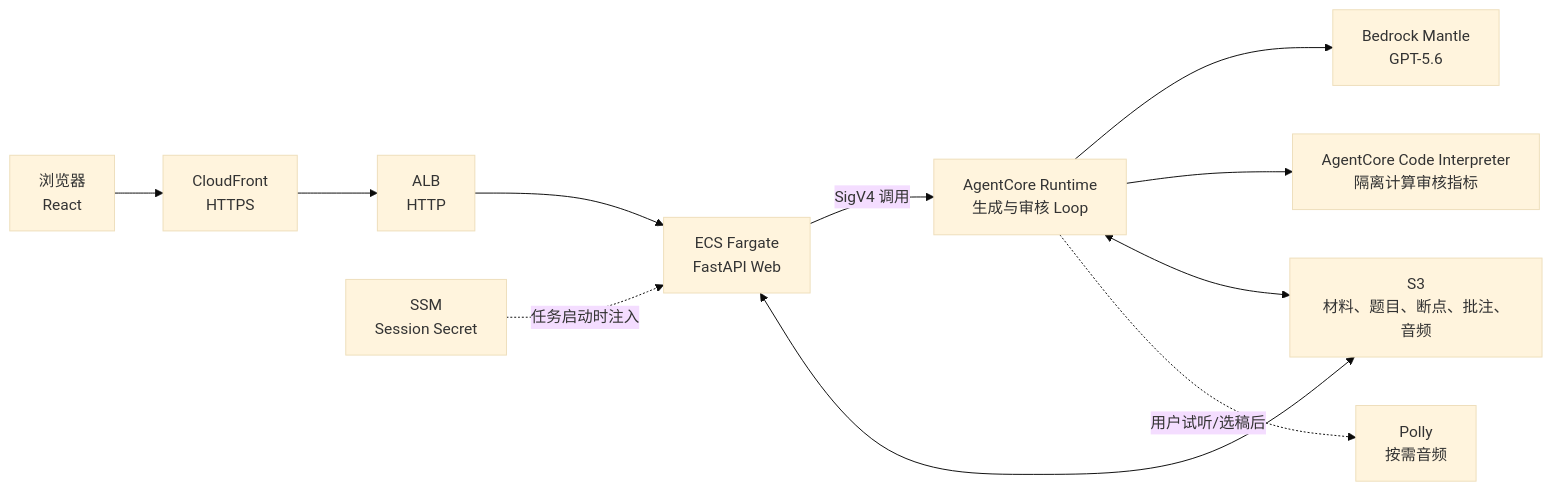
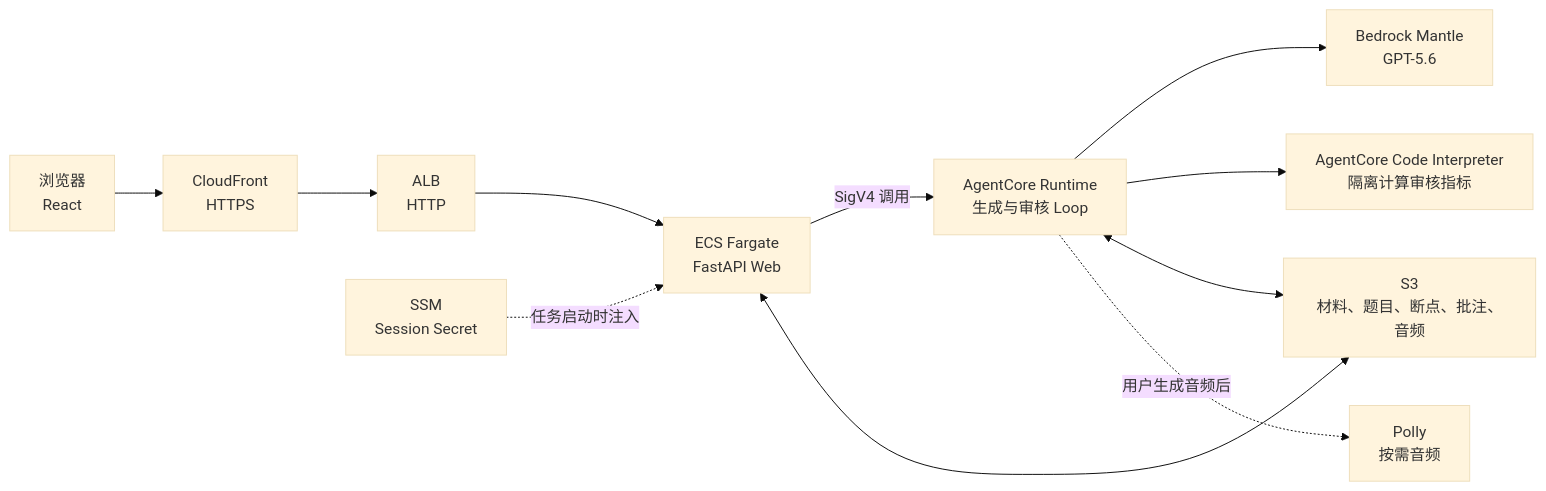
Before and after one commit to wanglingxiao123/ielts-part1-generator: the first of 2 diagrams in README.md, drawn with Mermaid (base theme). The commit also changed 4 other files, not shown here.

````diff
--- a/README.md
+++ b/README.md
@@ -123,22 +123,22 @@
 ```mermaid
 flowchart LR
     U["浏览器<br/>React"]
     CF["CloudFront<br/>HTTPS"]
     ALB["ALB<br/>HTTP"]
     WEB["ECS Fargate<br/>FastAPI Web"]
     RT["AgentCore Runtime<br/>生成与审核 Loop"]
     CI["AgentCore Code Interpreter<br/>隔离计算审核指标"]
     MODEL["Bedrock Mantle<br/>GPT-5.6"]
     S3["S3<br/>材料、题目、断点、批注、音频"]
     SSM["SSM<br/>Session Secret"]
     POLLY["Polly<br/>按需音频"]
 
     U --> CF --> ALB --> WEB
     WEB -->|"SigV4 调用"| RT
     WEB <--> S3
     SSM -. "任务启动时注入" .-> WEB
     RT --> MODEL
     RT --> CI
     RT <--> S3
-    RT -. "用户试听/选稿后" .-> POLLY
+    RT -. "用户生成音频后" .-> POLLY
 ```
````
